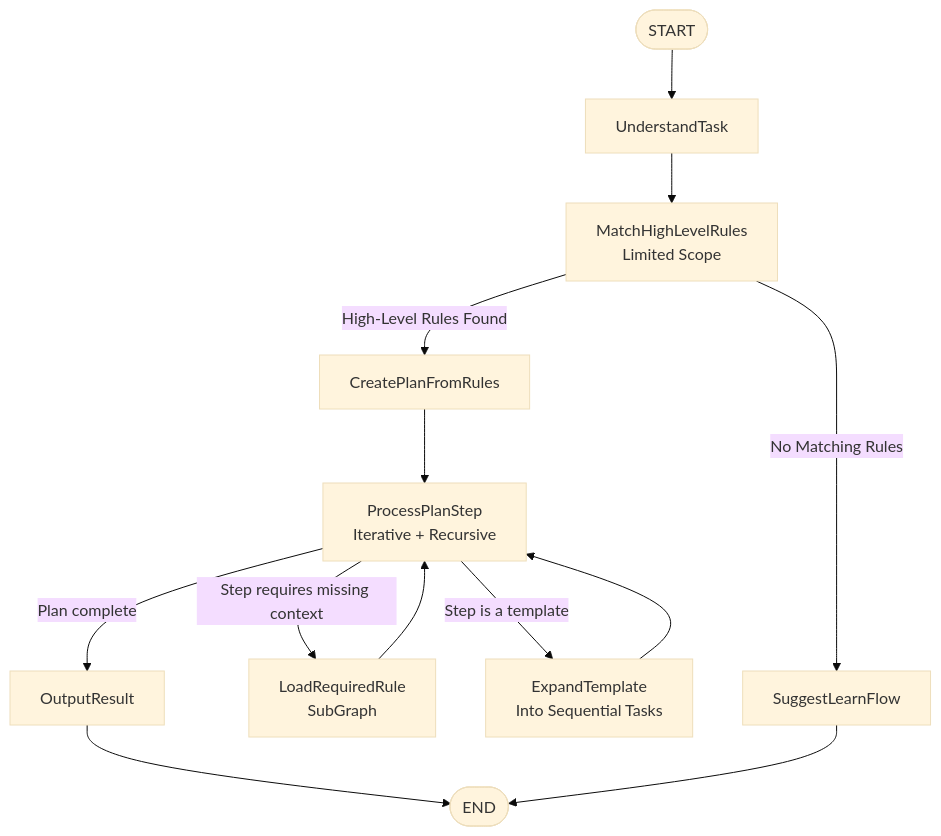
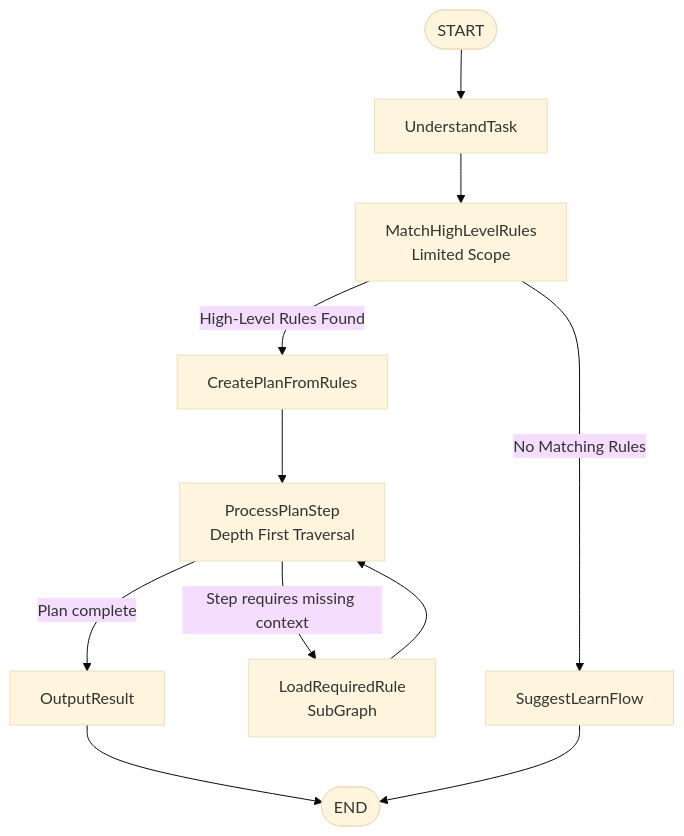
The second of 4 diagrams in packages/core/agents.md (Chshine1/rulesage), drawn with Mermaid (base theme) before and after one commit. The commit also changed other lines of this file and 9 other files, not shown here.

Commit message:
feat: Update rule, ruleReference schemas and execution step type to match agents document

````diff
--- a/packages/core/agents.md
+++ b/packages/core/agents.md
@@ -91,21 +110,18 @@
 ```mermaid
 graph TD
     START([START]) --> UnderstandTask[UnderstandTask]
     UnderstandTask --> MatchHighLevelRules[MatchHighLevelRules<br/>Limited Scope]
 
     MatchHighLevelRules -->|No Matching Rules| SuggestLearn[SuggestLearnFlow]
     MatchHighLevelRules -->|High‑Level Rules Found| CreatePlan[CreatePlanFromRules]
 
-    CreatePlan --> ProcessPlan[ProcessPlanStep<br/>Iterative + Recursive]
+    CreatePlan --> ProcessPlan[ProcessPlanStep<br/>Depth First Traversal]
 
     ProcessPlan -->|Step requires missing context| LoadRequiredRule[LoadRequiredRule<br/>SubGraph]
     LoadRequiredRule --> ProcessPlan
-
-    ProcessPlan -->|Step is a template| ExpandTemplate[ExpandTemplate<br/>Into Sequential Tasks]
-    ExpandTemplate --> ProcessPlan
 
     ProcessPlan -->|Plan complete| Output[OutputResult]
     Output --> END([END])
 
     SuggestLearn --> END
 ```
````
